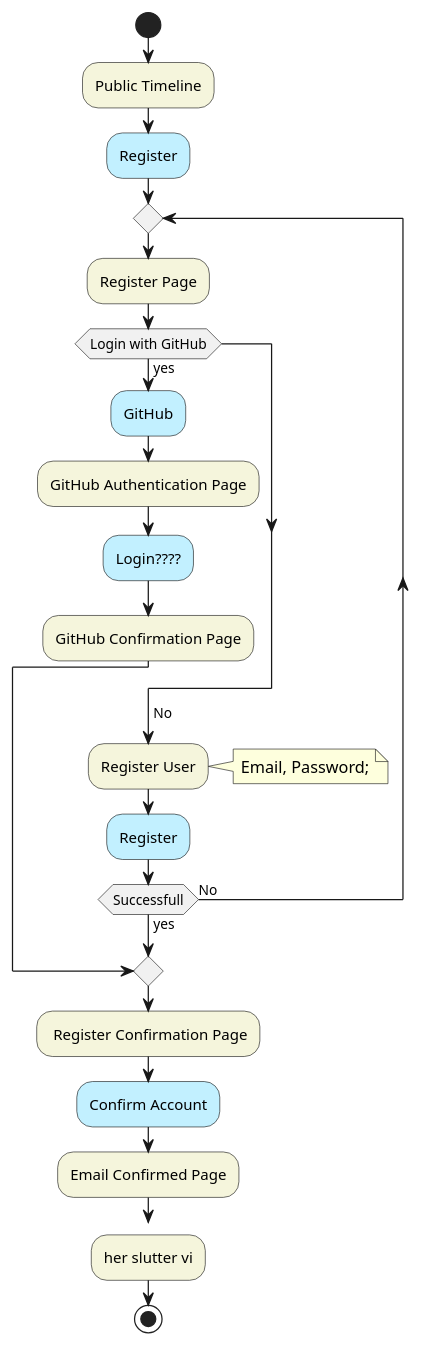
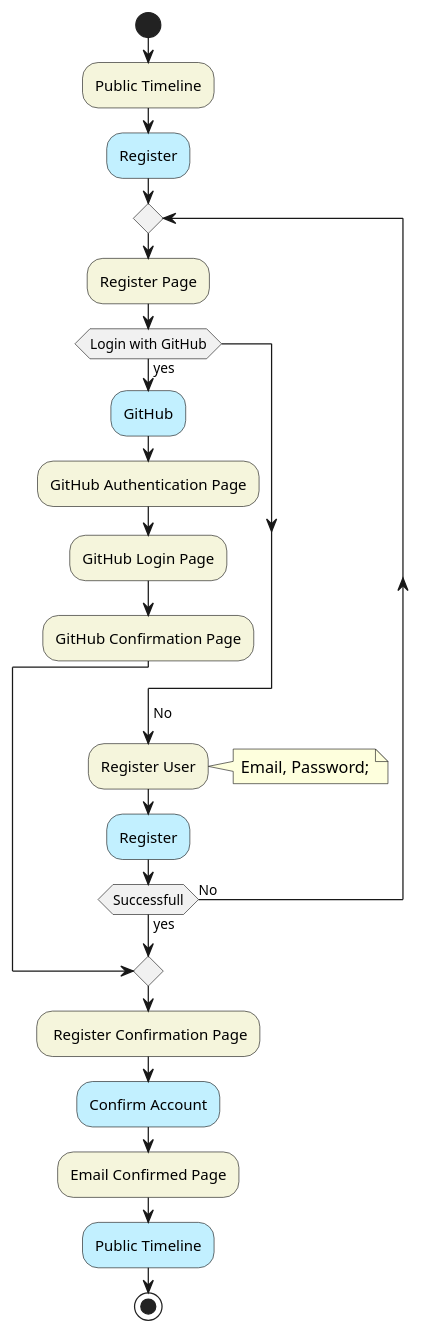
The diagram in docs/Diagram/Register.plantuml (ITU-BDSA23-GROUP1/Chirp), drawn with PlantUML before and after one commit. The commit also changed 1 other file, not shown here.

Commit message:
Register Model done

```diff
--- a/docs/Diagram/Register.plantuml
+++ b/docs/Diagram/Register.plantuml
@@ -1,25 +1,24 @@
-@startuml
+@startuml Register
 start
 #Beige:Public Timeline;
 #APPLICATION:Register;
 repeat
     #Beige:Register Page;
         if (Login with GitHub) then (yes)
         #APPLICATION:GitHub;
         #Beige:GitHub Authentication Page;
-        #APPLICATION:Login????;
+        #Beige:GitHub Login Page;
         #Beige:GitHub Confirmation Page;
         break
     endif
     -> No;
     #Beige:Register User;
     note right: Email, Password;
     #APPLICATION:Register;
 repeat while (Successfull) is (No) not (yes)
     #Beige: Register Confirmation Page;
     #APPLICATION:Confirm Account;
     #Beige:Email Confirmed Page;
-    break
-#Beige:her slutter vi;
+    #APPLICATION:Public Timeline;
 stop
 @enduml
```
